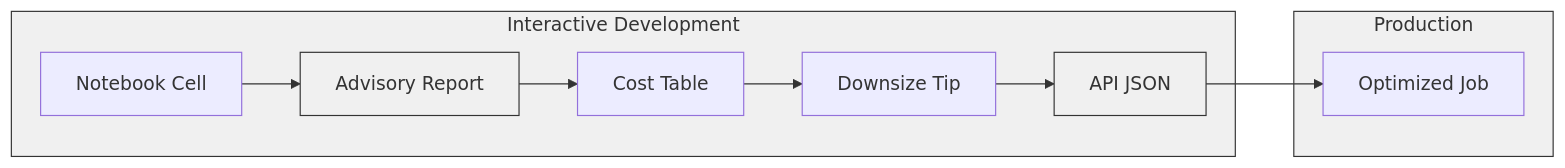
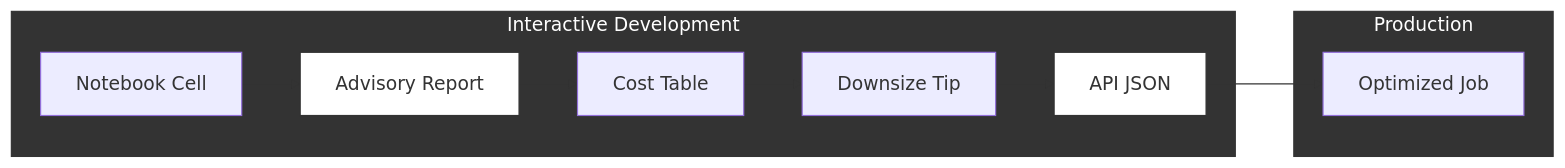
One commit to RedPandaMC/burnt changed the diagram in DESIGN.md. Above: the diagram before and after it, drawn with Mermaid.

````diff
--- a/DESIGN.md
+++ b/DESIGN.md
@@ -211,25 +211,25 @@
 ```mermaid
 flowchart LR
     subgraph IDEV[Interactive Development]
         NB[Notebook Cell]
         AD[Advisory Report]
         COST[Cost Table]
         TIP[Downsize Tip]
         JSON[API JSON]
     end
     
     subgraph PORD[Production]
         PROD[Optimized Job]
     end
     
     NB --> AD
     AD --> COST
     COST --> TIP
     TIP --> JSON
     JSON --> PROD
     
-    style IDEV fill:#f0f0f0,stroke:#333333
-    style PORD fill:#f0f0f0,stroke:#333333
-    style AD fill:#f0f0f0,stroke:#333333
-    style JSON fill:#f0f0f0,stroke:#333333
+    style IDEV fill:#333333,stroke:#333333,color:#fff
+    style PORD fill:#333333,stroke:#333333,color:#fff
+    style AD fill:#ffffff,stroke:#333333
+    style JSON fill:#ffffff,stroke:#333333
 ```
````
